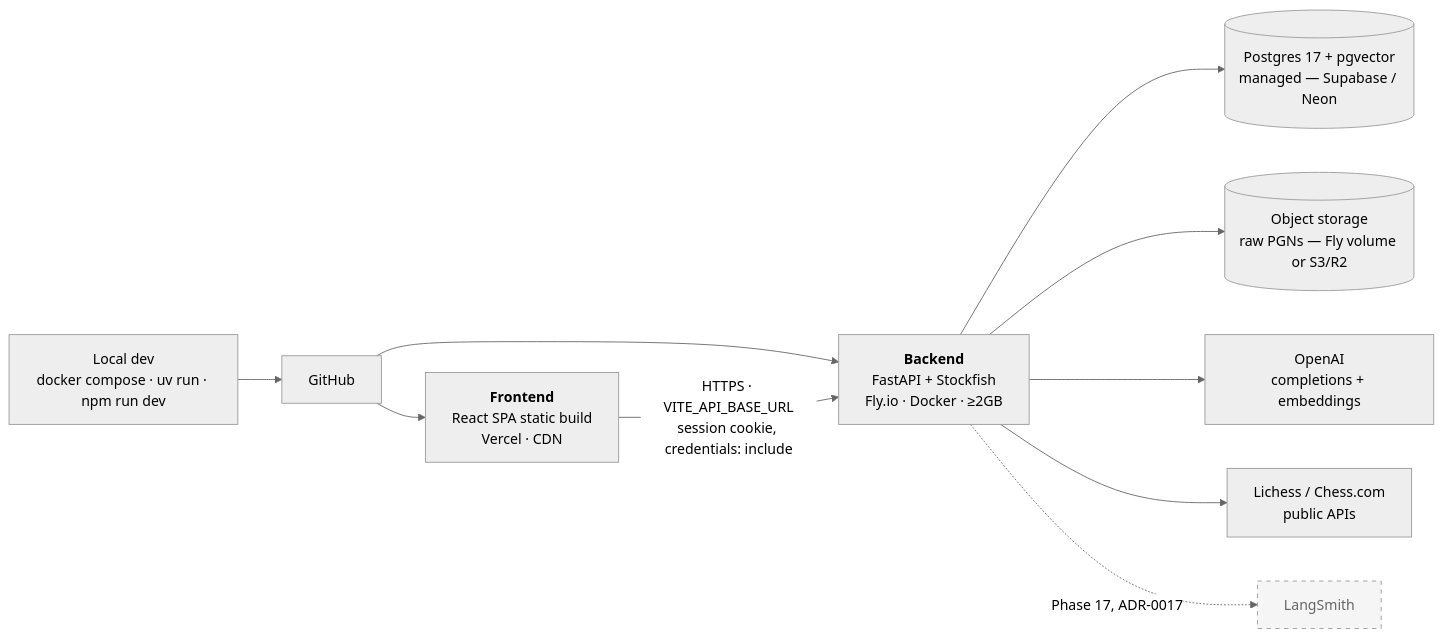
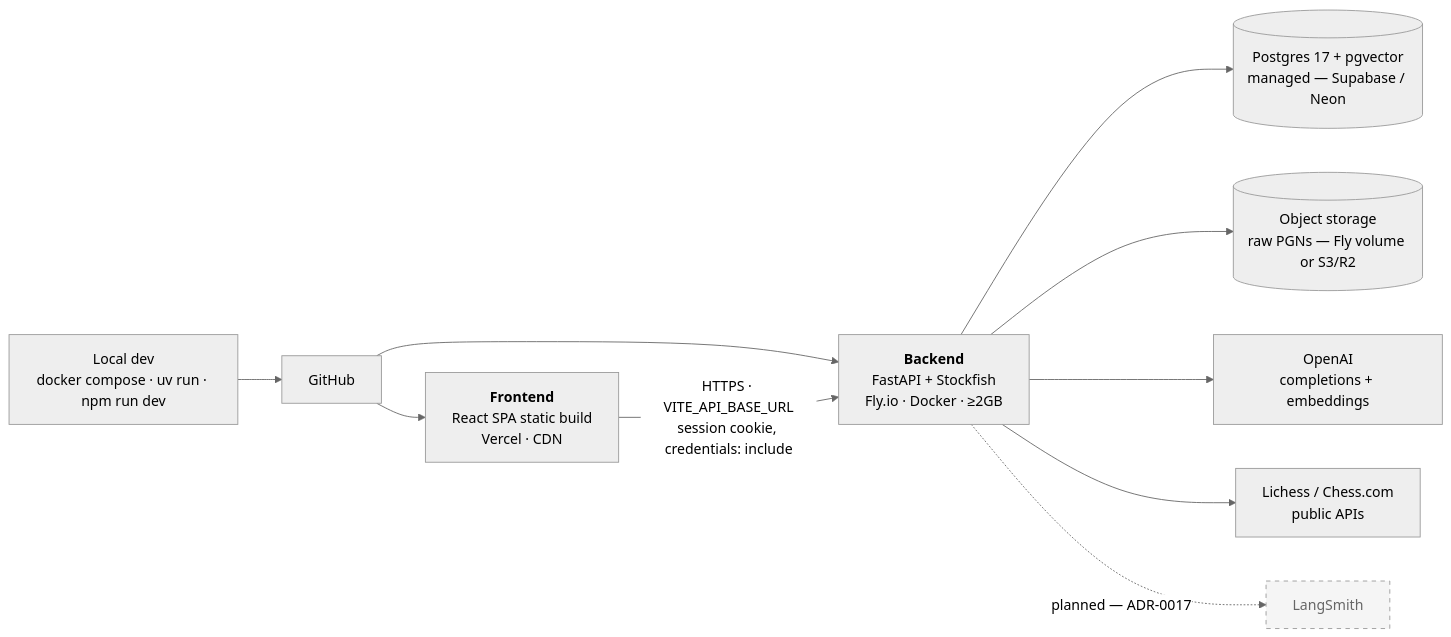
Before and after one commit to rakeshnetdev/grandmate-v2: the diagram in docs/diagrams/deployment-topology.md, drawn with Mermaid (neutral theme). The commit also changed 39 other files, not shown here.

````diff
--- a/docs/diagrams/deployment-topology.md
+++ b/docs/diagrams/deployment-topology.md
@@ -10,18 +10,18 @@
 ```mermaid
 flowchart LR
     DEV["Local dev<br/>docker compose · uv run · npm run dev"] --> REPO["GitHub"]
 
     REPO --> BE["<b>Backend</b><br/>FastAPI + Stockfish<br/>Fly.io · Docker · ≥2GB"]
     REPO --> FE["<b>Frontend</b><br/>React SPA static build<br/>Vercel · CDN"]
 
     BE --> PG[("Postgres 17 + pgvector<br/>managed — Supabase / Neon")]
     BE --> BLOB[("Object storage<br/>raw PGNs — Fly volume or S3/R2")]
     BE --> OAI["OpenAI<br/>completions + embeddings"]
     BE --> PLAT["Lichess / Chess.com<br/>public APIs"]
-    BE -. "Phase 17, ADR-0017" .-> LS["LangSmith"]
+    BE -. "planned — ADR-0017" .-> LS["LangSmith"]
 
     FE -- "HTTPS · VITE_API_BASE_URL<br/>session cookie, credentials: include" --> BE
 
     classDef planned stroke-dasharray: 5 5,fill:#f5f5f5,color:#666;
     class LS planned
 ```
````
